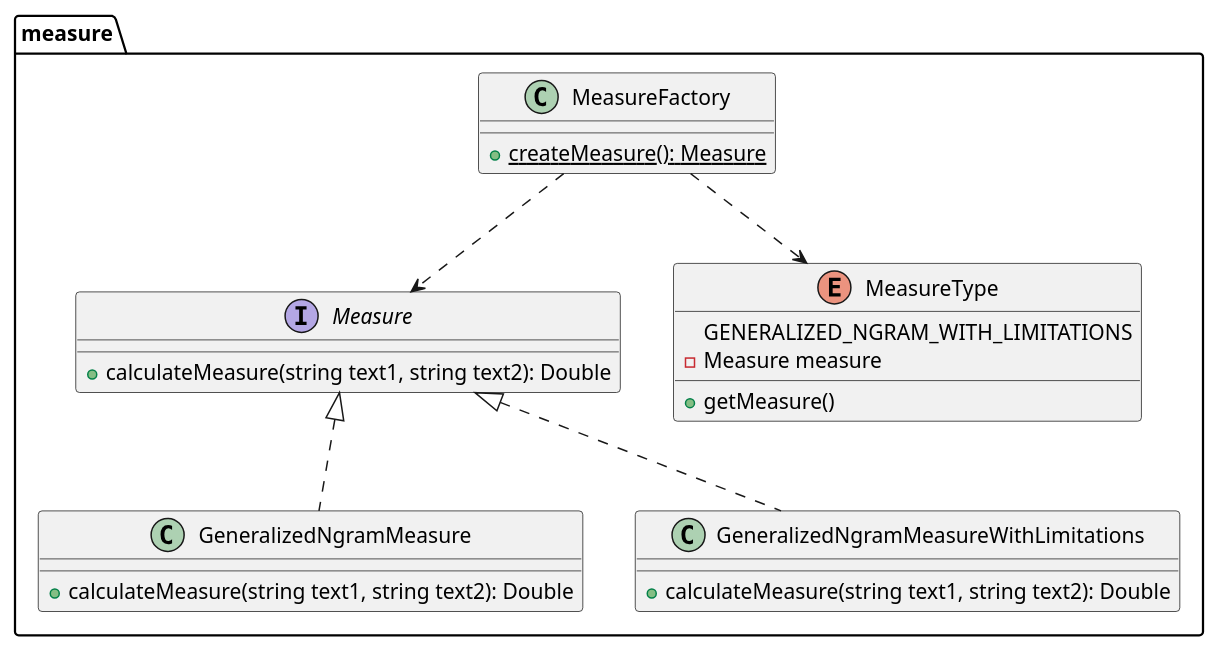
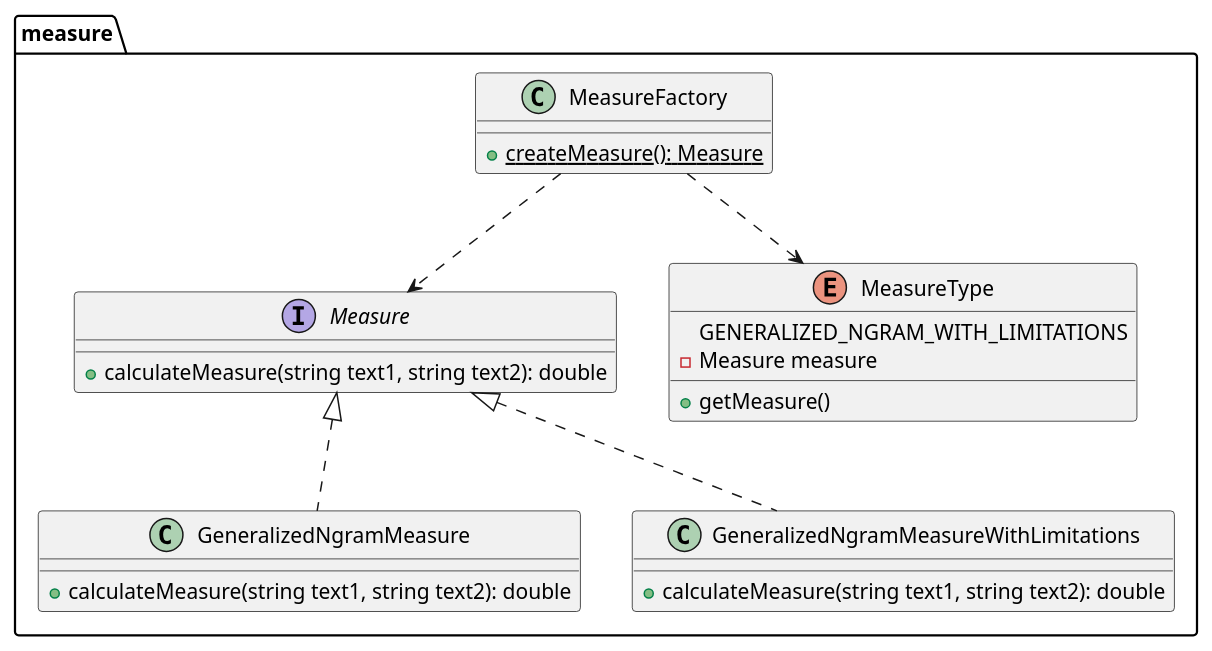
Before and after one commit to kambed/Computer-Recognition-Systems: the sixth of 10 diagrams in README.md, drawn with PlantUML. The commit also changed other lines of this file, not shown here.

Commit message:
Replace Double with double

````diff
--- a/README.md
+++ b/README.md
@@ -283,24 +283,24 @@
 ```plantuml
 package measure {
     interface Measure {
-        + calculateMeasure(string text1, string text2): Double
+        + calculateMeasure(string text1, string text2): double
     }
     class GeneralizedNgramMeasure implements Measure {
-        + calculateMeasure(string text1, string text2): Double
+        + calculateMeasure(string text1, string text2): double
     }
     class GeneralizedNgramMeasureWithLimitations implements Measure {
-        + calculateMeasure(string text1, string text2): Double
+        + calculateMeasure(string text1, string text2): double
     }
     
     class MeasureFactory {
         + {static} createMeasure(): Measure
     }
     MeasureFactory ..> Measure
     MeasureFactory ..> MeasureType
     enum MeasureType {
         GENERALIZED_NGRAM_WITH_LIMITATIONS
         - Measure measure
         + getMeasure()
     }
 }
 ```
````
